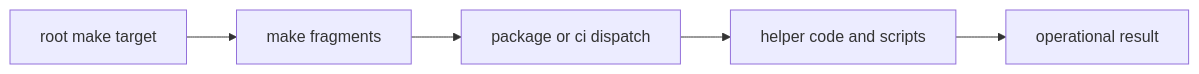
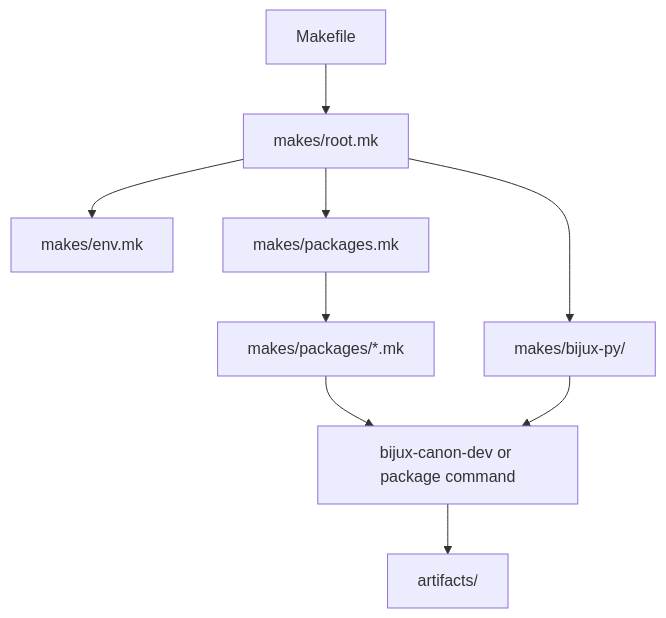
The diagram in docs/07-bijux-canon-maintain/makes/index.md (bijux/bijux-canon), drawn with Mermaid before and after one commit. The commit also changed other lines of this file and 2 other files, not shown here.

````diff
--- a/docs/07-bijux-canon-maintain/makes/index.md
+++ b/docs/07-bijux-canon-maintain/makes/index.md
@@ -22,10 +23,20 @@
 ```mermaid
-flowchart LR
-    root["root make target"]
-    fragments["make fragments"]
-    package["package or ci dispatch"]
-    helpers["helper code and scripts"]
-    result["operational result"]
+flowchart TD
+    entry["Makefile"]
+    root["makes/root.mk"]
+    env["makes/env.mk"]
+    catalog["makes/packages.mk"]
+    shared["makes/bijux-py/"]
+    profiles["makes/packages/*.mk"]
+    helper["bijux-canon-dev or package command"]
+    artifacts["artifacts/"]
 
-    root --> fragments --> package --> helpers --> result
+    entry --> root
+    root --> env
+    root --> catalog
+    root --> shared
+    catalog --> profiles
+    profiles --> helper
+    shared --> helper
+    helper --> artifacts
 ```
````
